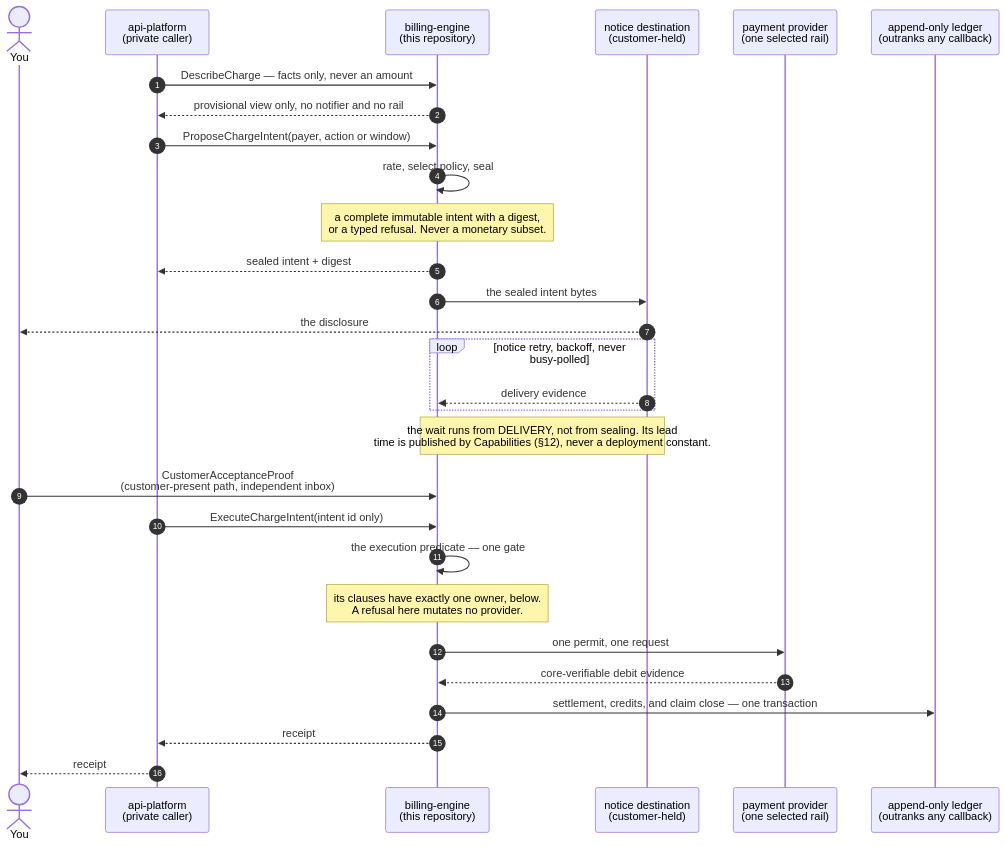
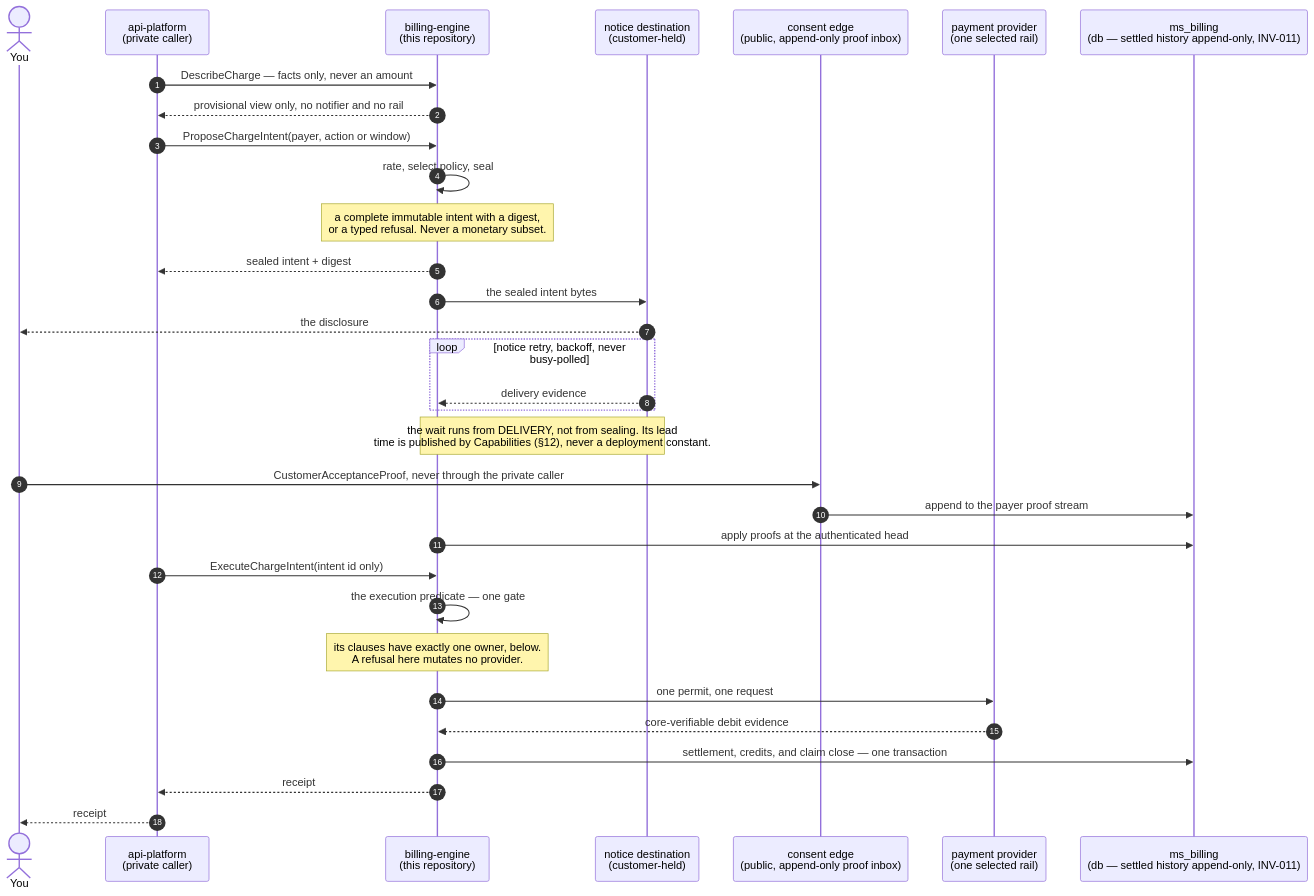
One commit to mirrorstack-ai/billing-engine changed the first of 3 diagrams in docs/DESIGN.md. Above: the diagram before and after it, drawn with Mermaid. The commit also changed other lines of this file and 1 other file, not shown here.

First paragraph of the commit message:
docs: correct the flow diagrams — web-account, the consent edge, ms_billing
Three corrections, all found by reading the pictures.

````diff
--- a/docs/DESIGN.md
+++ b/docs/DESIGN.md
@@ -930,32 +930,35 @@
 ```mermaid
 sequenceDiagram
     autonumber
     actor You
     participant AP as api-platform<br/>(private caller)
     participant Engine as billing-engine<br/>(this repository)
     participant Notice as notice destination<br/>(customer-held)
+    participant Edge as consent edge<br/>(public, append-only proof inbox)
     participant Rail as payment provider<br/>(one selected rail)
-    participant Ledger as append-only ledger<br/>(outranks any callback)
+    participant Ledger as ms_billing<br/>(db — settled history append-only, INV-011)
 
     AP->>Engine: DescribeCharge — facts only, never an amount
     Engine-->>AP: provisional view only, no notifier and no rail
     AP->>Engine: ProposeChargeIntent(payer, action or window)
     Engine->>Engine: rate, select policy, seal
     Note over Engine: a complete immutable intent with a digest,<br/>or a typed refusal. Never a monetary subset.
     Engine-->>AP: sealed intent + digest
     Engine->>Notice: the sealed intent bytes
     Notice-->>You: the disclosure
     loop notice retry, backoff, never busy-polled
         Notice-->>Engine: delivery evidence
     end
     Note over Engine,Notice: the wait runs from DELIVERY, not from sealing. Its lead<br/>time is published by Capabilities (§12), never a deployment constant.
-    You->>Engine: CustomerAcceptanceProof<br/>(customer-present path, independent inbox)
+    You->>Edge: CustomerAcceptanceProof, never through the private caller
+    Edge->>Ledger: append to the payer proof stream
+    Engine->>Ledger: apply proofs at the authenticated head
     AP->>Engine: ExecuteChargeIntent(intent id only)
     Engine->>Engine: the execution predicate — one gate
     Note over Engine: its clauses have exactly one owner, below.<br/>A refusal here mutates no provider.
     Engine->>Rail: one permit, one request
     Rail-->>Engine: core-verifiable debit evidence
     Engine->>Ledger: settlement, credits, and claim close — one transaction
     Engine-->>AP: receipt
     AP-->>You: receipt
 ```
````
